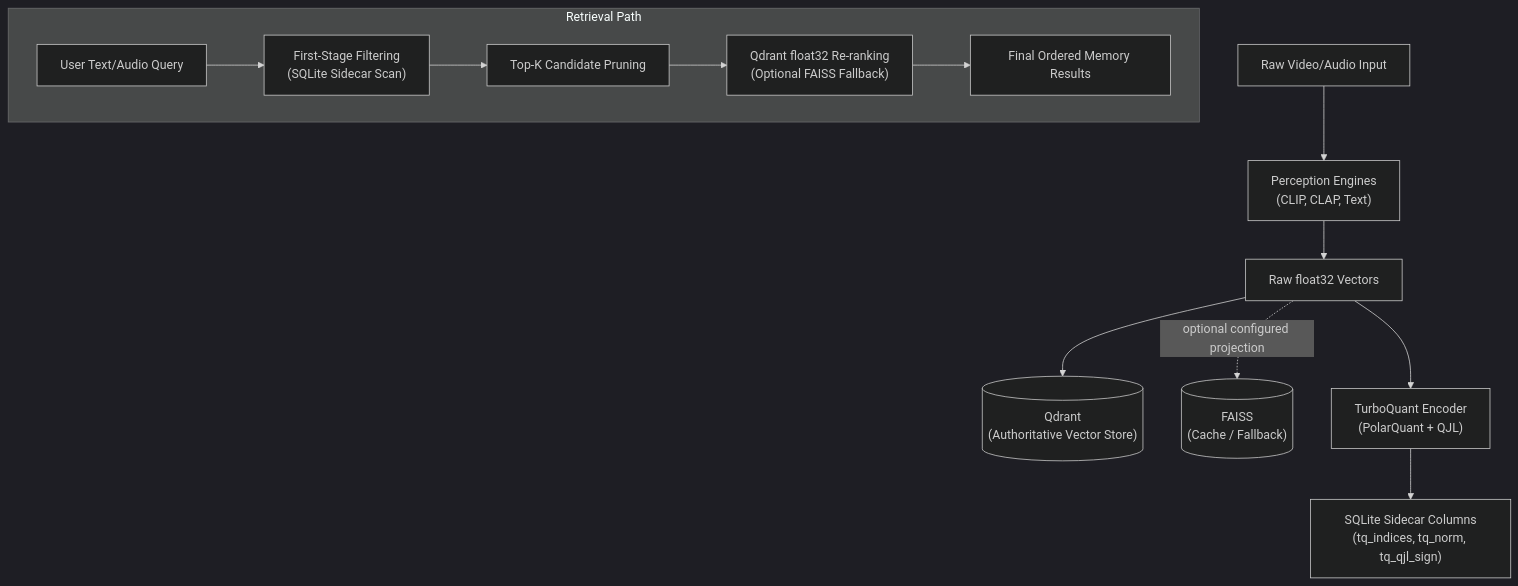
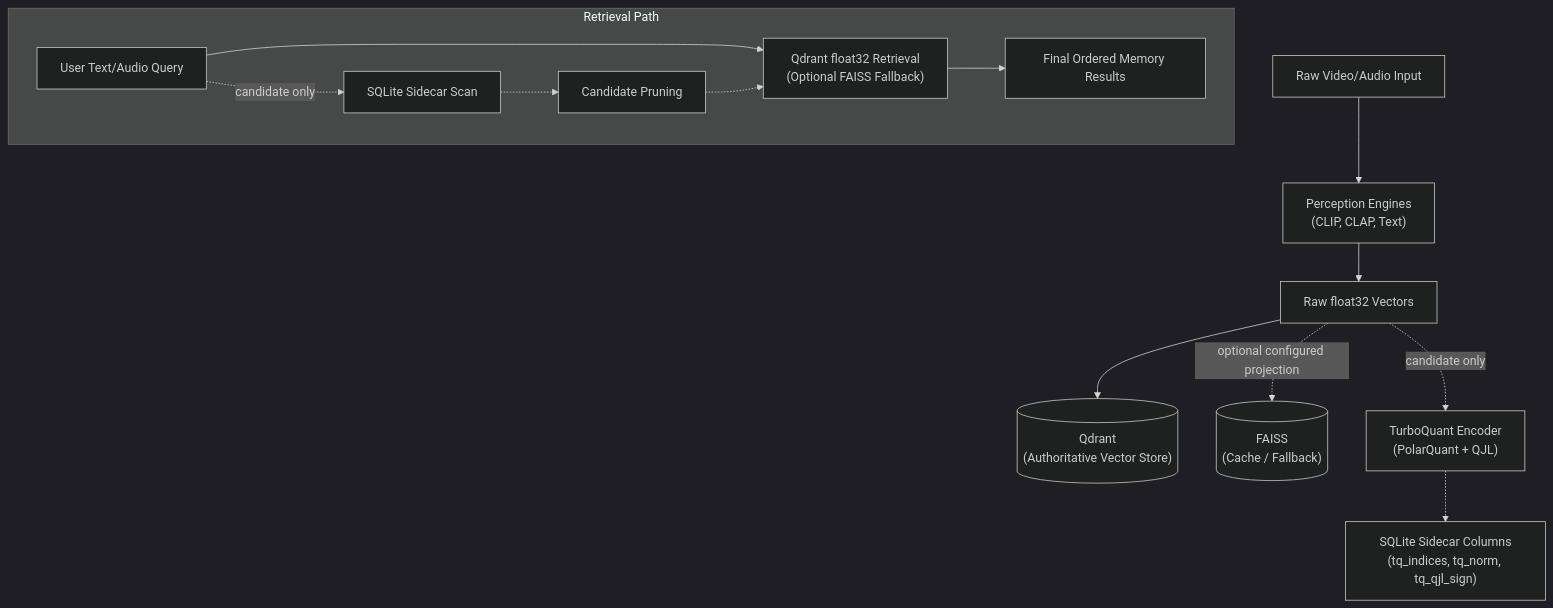
Before and after one commit to GoodQ02/goodq-memory-engine: the diagram in docs/architecture/SYSTEM_ARCHITECTURE.md, drawn with Mermaid (dark theme). The commit also changed other lines of this file and 969 other files, not shown here.

````diff
--- a/docs/architecture/SYSTEM_ARCHITECTURE.md
+++ b/docs/architecture/SYSTEM_ARCHITECTURE.md
@@ -216,16 +216,17 @@
 ```mermaid
 graph TD
     A["Raw Video/Audio Input"] --> B["Perception Engines<br>(CLIP, CLAP, Text)"]
     B --> C["Raw float32 Vectors"]
     C --> D[("Qdrant<br>(Authoritative Vector Store)")]
     C -.->|optional configured projection| E[("FAISS<br>(Cache / Fallback)")]
-    C --> F["TurboQuant Encoder<br>(PolarQuant + QJL)"]
-    F --> G["SQLite Sidecar Columns<br>(tq_indices, tq_norm, tq_qjl_sign)"]
+    C -.->|candidate only| F["TurboQuant Encoder<br>(PolarQuant + QJL)"]
+    F -.-> G["SQLite Sidecar Columns<br>(tq_indices, tq_norm, tq_qjl_sign)"]
     
     subgraph "Retrieval Path"
-        H["User Text/Audio Query"] --> I["First-Stage Filtering<br>(SQLite Sidecar Scan)"]
-        I --> J["Top-K Candidate Pruning"]
-        J --> K["Qdrant float32 Re-ranking<br>(Optional FAISS Fallback)"]
+        H["User Text/Audio Query"] --> K["Qdrant float32 Retrieval<br>(Optional FAISS Fallback)"]
+        H -.->|candidate only| I["SQLite Sidecar Scan"]
+        I -.-> J["Candidate Pruning"]
+        J -.-> K
         K --> L["Final Ordered Memory Results"]
     end
 ```
````
